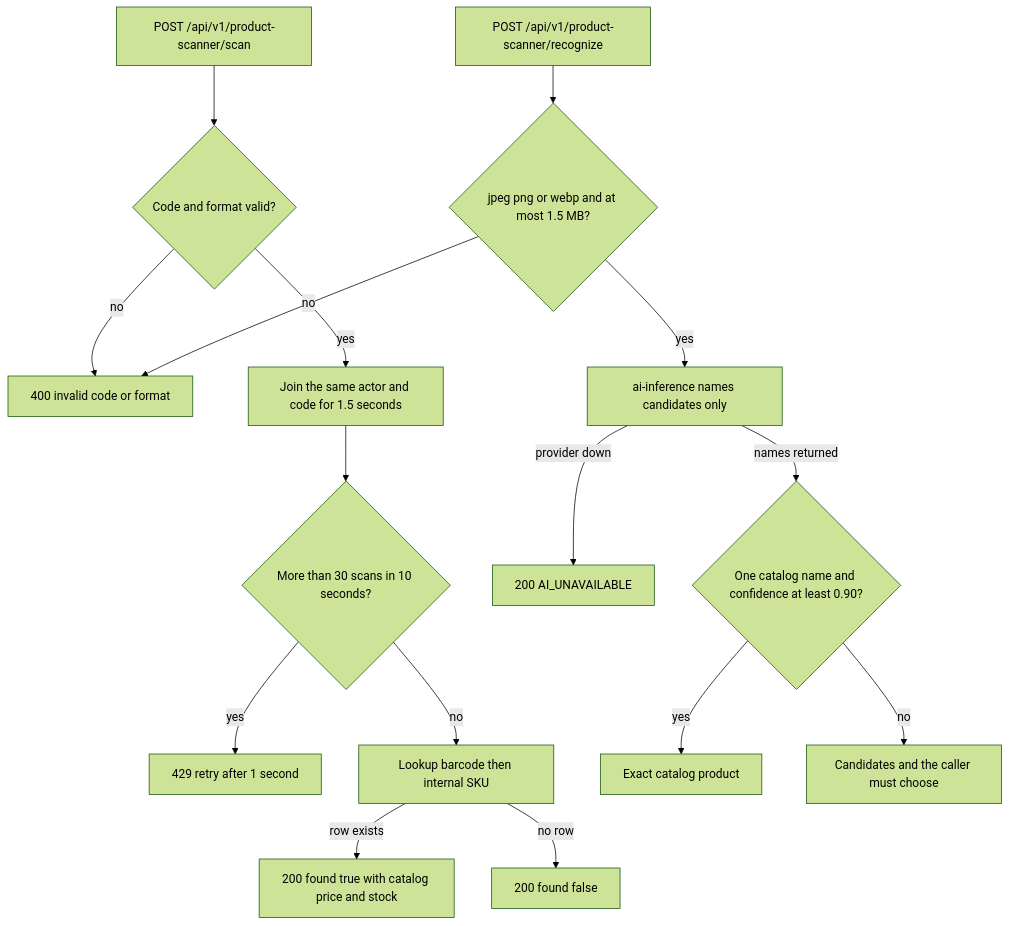
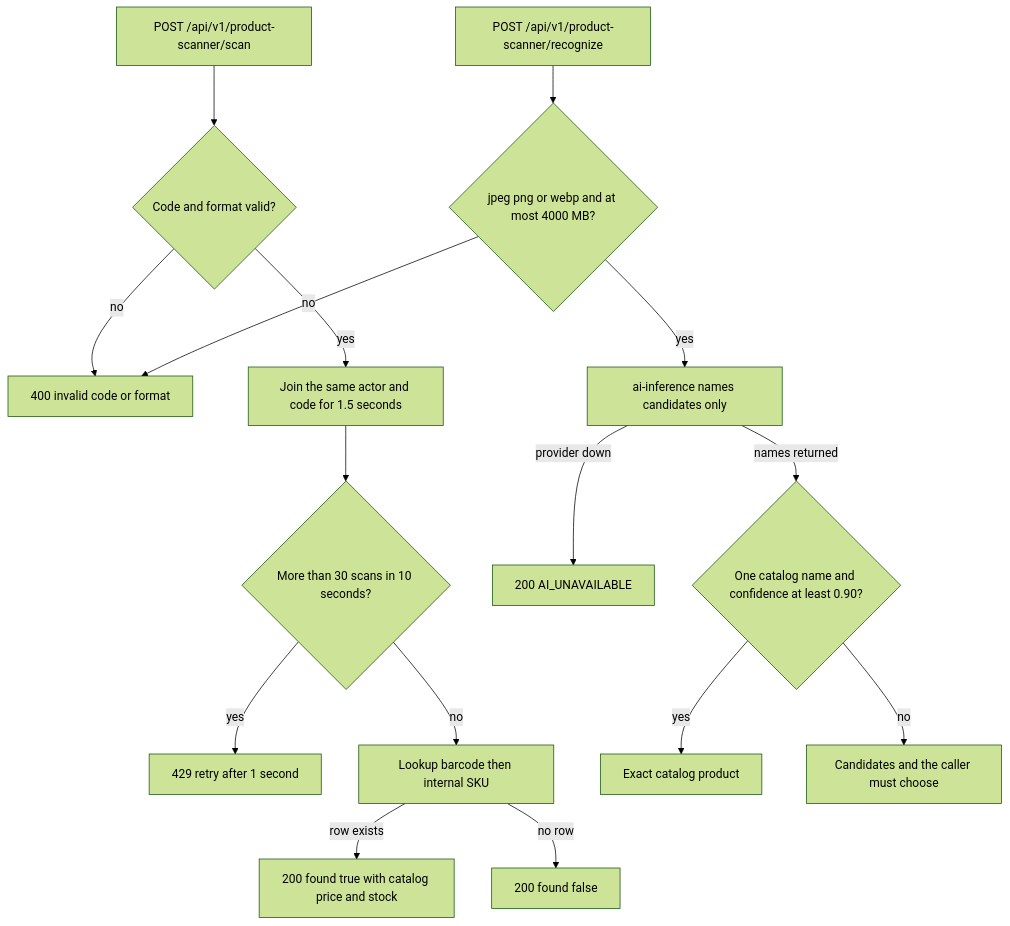
Before and after one commit to SengHour369/E-Shop: the fifth of 7 diagrams in docs/FLOWCHART.md, drawn with Mermaid (forest theme). The commit also changed 321 other files, not shown here.

````diff
--- a/docs/FLOWCHART.md
+++ b/docs/FLOWCHART.md
@@ -137,34 +137,34 @@
 ```mermaid
 flowchart TD
   scan[POST /api/v1/product-scanner/scan]
   valid{Code and format valid?}
   invalid[400 invalid code or format]
   join[Join the same actor and code for 1.5 seconds]
   limit{More than 30 scans in 10 seconds?}
   tooMany[429 retry after 1 second]
   find[Lookup barcode then internal SKU]
   hit[200 found true with catalog price and stock]
   miss[200 found false]
   image[POST /api/v1/product-scanner/recognize]
-  file{jpeg png or webp and at most 1.5 MB?}
+  file{jpeg png or webp and at most 4000 MB?}
   vision[ai-inference names candidates only]
   down[200 AI_UNAVAILABLE]
   exact{One catalog name and confidence at least 0.90?}
   one[Exact catalog product]
   many[Candidates and the caller must choose]
 
   scan --> valid
   valid -->|no| invalid
   valid -->|yes| join --> limit
   limit -->|yes| tooMany
   limit -->|no| find
   find -->|row exists| hit
   find -->|no row| miss
   image --> file
   file -->|no| invalid
   file -->|yes| vision
   vision -->|provider down| down
   vision -->|names returned| exact
   exact -->|yes| one
   exact -->|no| many
 ```
````
